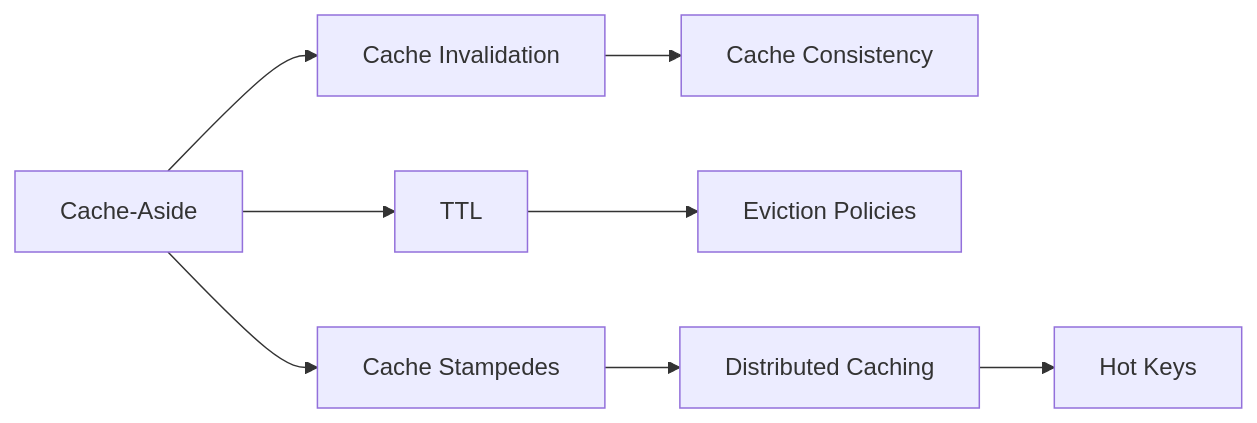
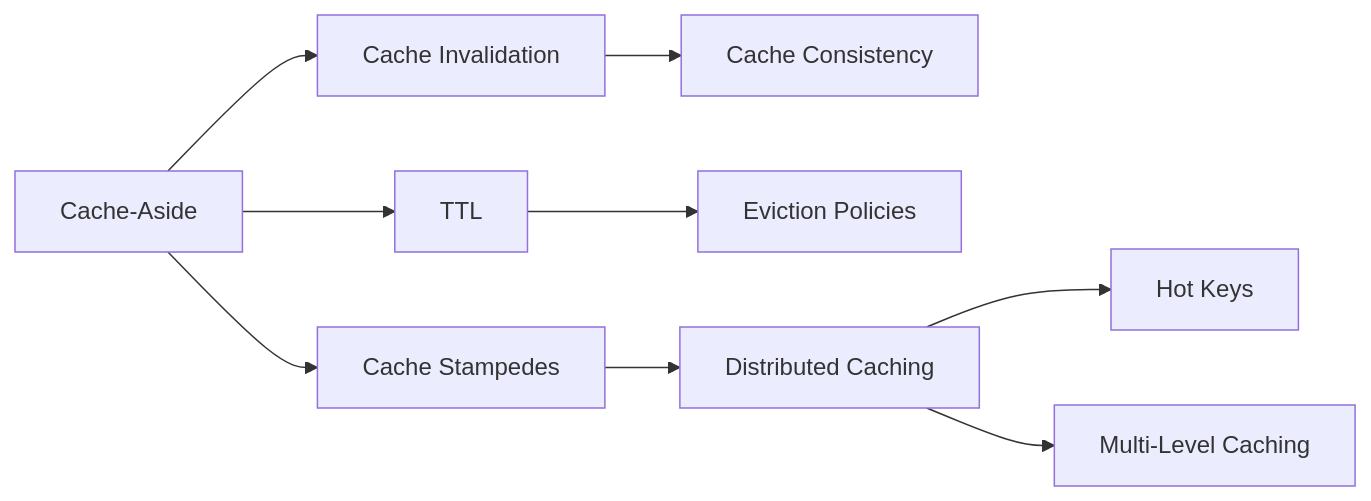
Before and after one commit to kunal-ladh/learn-system-design: the third of 6 diagrams in HLD/01 HLD & System Design/Knowledge Graph.md, drawn with Mermaid. The commit also changed other lines of this file and 195 other files, not shown here.

````diff
--- a/HLD/01 HLD & System Design/Knowledge Graph.md
+++ b/HLD/01 HLD & System Design/Knowledge Graph.md
@@ -51,10 +54,12 @@
 ```mermaid
 flowchart LR
     CA[Cache-Aside] --> INV[Cache Invalidation]
     INV --> CON[Cache Consistency]
     CA --> TTL[TTL]
     TTL --> EV[Eviction Policies]
     CA --> ST[Cache Stampedes]
     ST --> DC[Distributed Caching]
     DC --> HK[Hot Keys]
+    DC --> ML[Multi-Level Caching]
+    class CA,CON,DC,EV,HK,INV,ML,ST,TTL internal-link;
 ```
````
